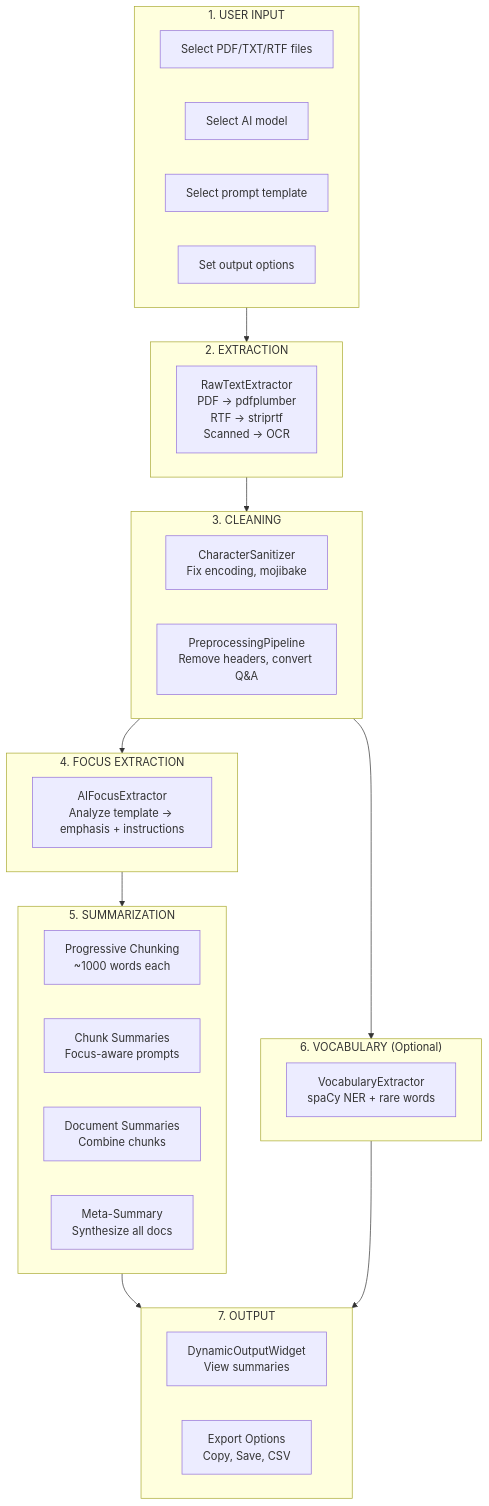
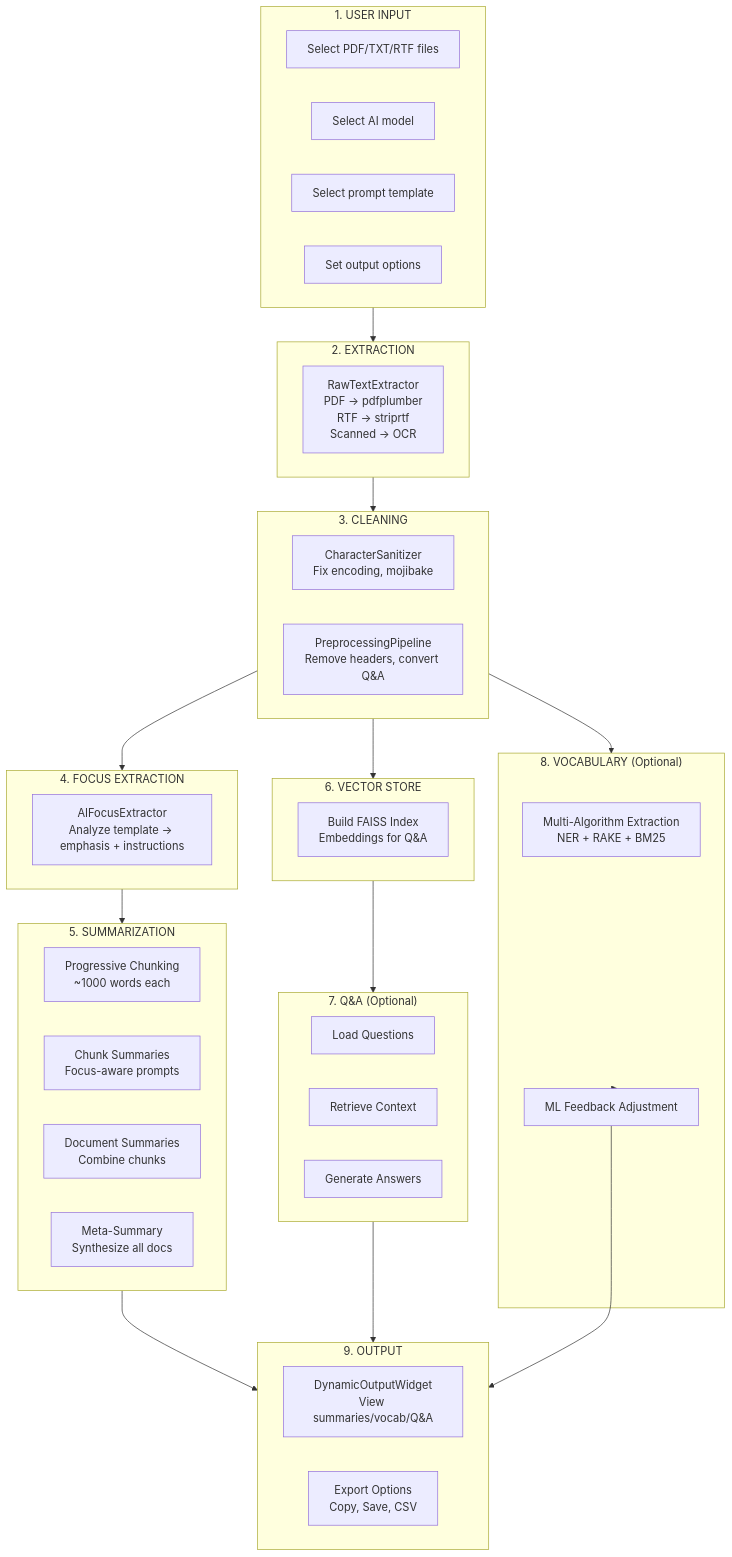
Diagram 17 of 17 in ARCHITECTURE.md (nono638/CaseSummarizer), drawn with Mermaid before and after one commit. The commit also changed other lines of this file and 39 other files, not shown here.

````diff
--- a/ARCHITECTURE.md
+++ b/ARCHITECTURE.md
@@ -538,46 +747,61 @@
 ```mermaid
 flowchart TB
     subgraph Input["1. USER INPUT"]
         Files["Select PDF/TXT/RTF files"]
         Model["Select AI model"]
         Prompt["Select prompt template"]
         Options["Set output options"]
     end
 
     subgraph Extract["2. EXTRACTION"]
         RawText["RawTextExtractor<br/>PDF → pdfplumber<br/>RTF → striprtf<br/>Scanned → OCR"]
     end
 
     subgraph Clean["3. CLEANING"]
         Sanitize["CharacterSanitizer<br/>Fix encoding, mojibake"]
         Preprocess["PreprocessingPipeline<br/>Remove headers, convert Q&A"]
     end
 
     subgraph Focus["4. FOCUS EXTRACTION"]
         FocusAI["AIFocusExtractor<br/>Analyze template → emphasis + instructions"]
     end
 
     subgraph Summarize["5. SUMMARIZATION"]
         Chunk["Progressive Chunking<br/>~1000 words each"]
         ChunkSum["Chunk Summaries<br/>Focus-aware prompts"]
         DocSum["Document Summaries<br/>Combine chunks"]
         MetaSum["Meta-Summary<br/>Synthesize all docs"]
     end
 
-    subgraph Vocab["6. VOCABULARY (Optional)"]
-        VocabExt["VocabularyExtractor<br/>spaCy NER + rare words"]
+    subgraph VectorBuild["6. VECTOR STORE"]
+        FAISS["Build FAISS Index<br/>Embeddings for Q&A"]
     end
 
-    subgraph Output["7. OUTPUT"]
-        Display["DynamicOutputWidget<br/>View summaries"]
+    subgraph QA["7. Q&A (Optional)"]
+        Questions["Load Questions"]
+        Retrieve["Retrieve Context"]
+        Answer["Generate Answers"]
+    end
+
+    subgraph Vocab["8. VOCABULARY (Optional)"]
+        VocabExt["Multi-Algorithm Extraction<br/>NER + RAKE + BM25"]
+        MLBoost["ML Feedback Adjustment"]
+    end
+
+    subgraph Output["9. OUTPUT"]
+        Display["DynamicOutputWidget<br/>View summaries/vocab/Q&A"]
         Export["Export Options<br/>Copy, Save, CSV"]
     end
 
     Input --> Extract
     Extract --> Clean
     Clean --> Focus
     Focus --> Summarize
+    Clean --> VectorBuild
+    VectorBuild --> QA
     Clean --> Vocab
+    Vocab --> MLBoost
     Summarize --> Output
-    Vocab --> Output
+    QA --> Output
+    MLBoost --> Output
 ```
````
